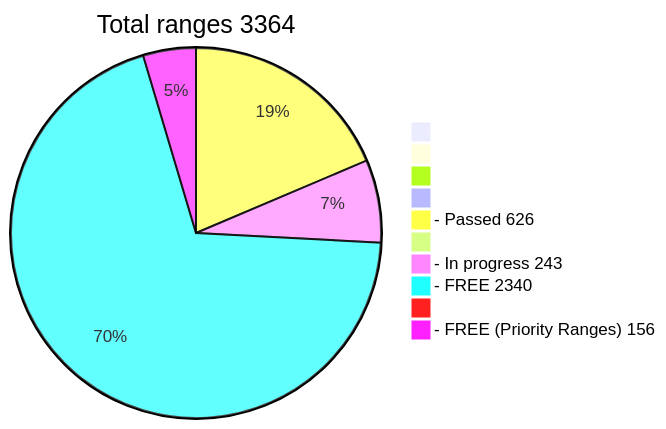
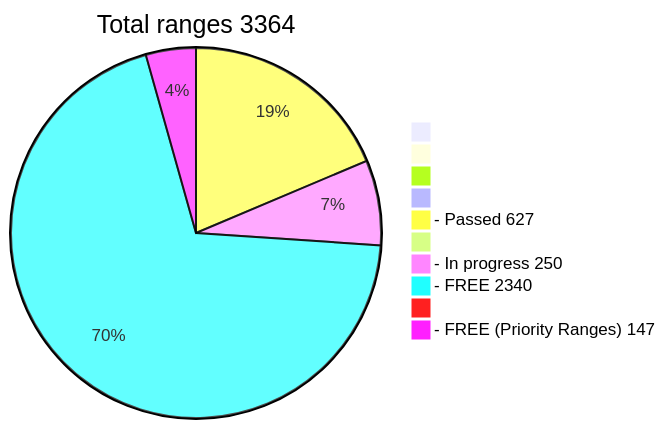
The diagram in README.md (phrutis/wif500), drawn with Mermaid before and after one commit.

````diff
--- a/README.md
+++ b/README.md
@@ -16,13 +16,13 @@
 ```mermaid
 pie title Total ranges 3364
              " " : 0
             "  " : 0
            "   " : 0
           "    " : 0
-  "- Passed 626" : 626
+  "- Passed 627" : 627
          "     " : 0
-  "- In progress 243" : 243
+  "- In progress 250" : 250
    "- FREE 2340" : 2340
         "      " : 0
-  "- FREE (Priority Ranges) 156" : 155
+  "- FREE (Priority Ranges) 147" : 147
 ```
````
